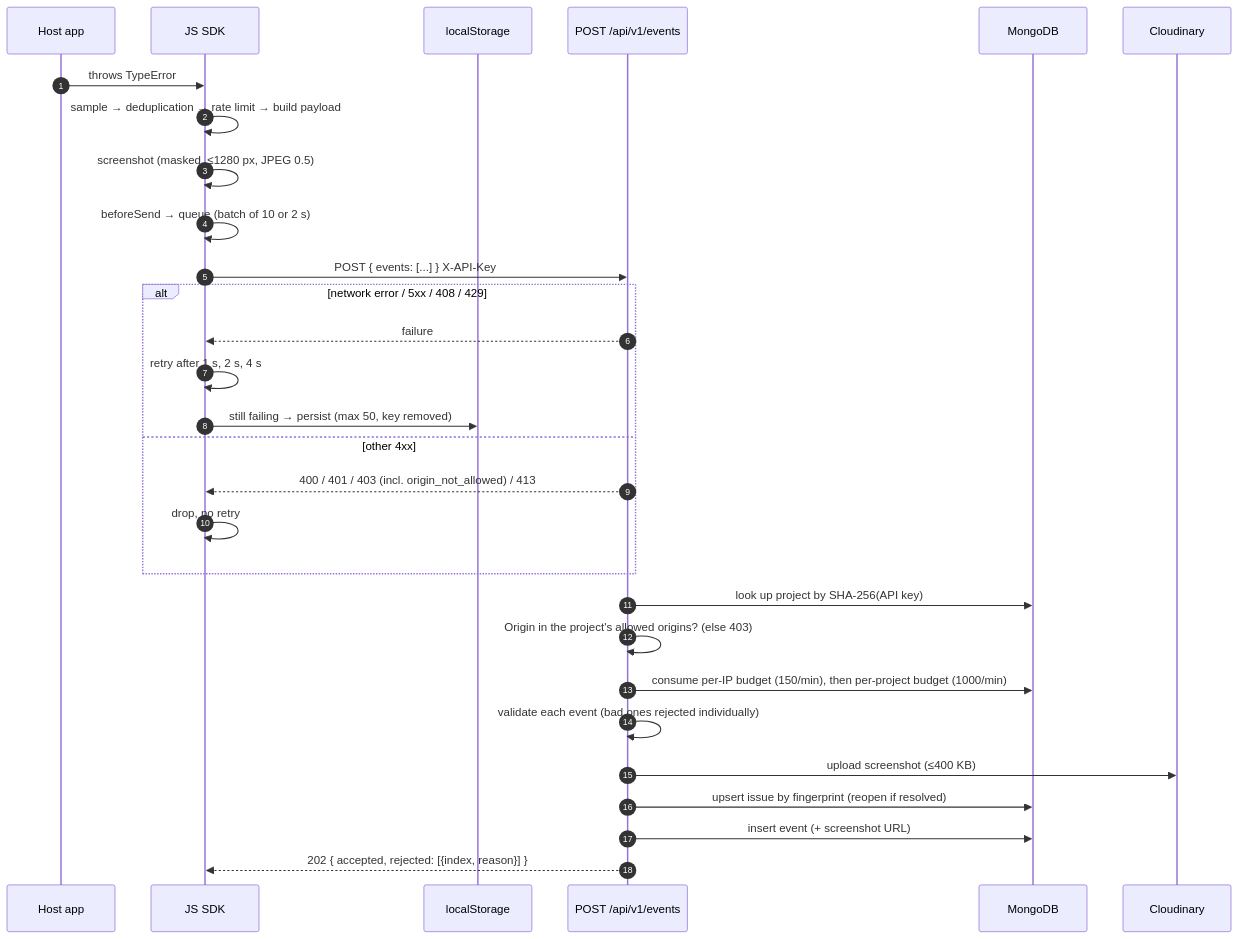
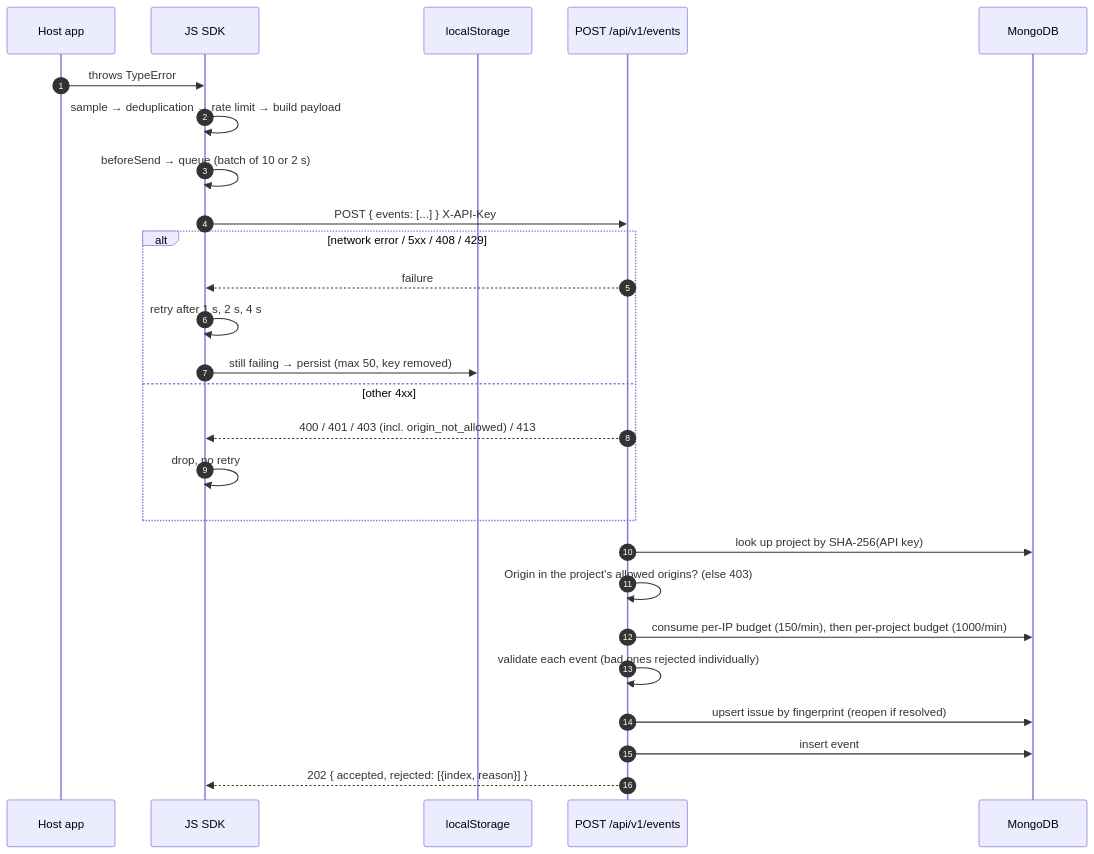
The third of 3 diagrams in docs/ARCHITECTURE.md (sou842/monitoring_system), drawn with Mermaid before and after one commit. The commit also changed other lines of this file and 41 other files, not shown here.

````diff
--- a/docs/ARCHITECTURE.md
+++ b/docs/ARCHITECTURE.md
@@ -112,32 +109,29 @@
 ```mermaid
 sequenceDiagram
     autonumber
     participant App as Host app
     participant SDK as JS SDK
     participant LS as localStorage
     participant API as POST /api/v1/events
     participant DB as MongoDB
-    participant CL as Cloudinary
 
     App->>SDK: throws TypeError
     SDK->>SDK: sample → deduplication → rate limit → build payload
-    SDK->>SDK: screenshot (masked, ≤1280 px, JPEG 0.5)
     SDK->>SDK: beforeSend → queue (batch of 10 or 2 s)
     SDK->>API: POST { events: [...] }  X-API-Key
     alt network error / 5xx / 408 / 429
         API-->>SDK: failure
         SDK->>SDK: retry after 1 s, 2 s, 4 s
         SDK->>LS: still failing → persist (max 50, key removed)
     else other 4xx
         API-->>SDK: 400 / 401 / 403 (incl. origin_not_allowed) / 413
         SDK->>SDK: drop, no retry
     end
     API->>DB: look up project by SHA-256(API key)
     API->>API: Origin in the project's allowed origins? (else 403)
     API->>DB: consume per-IP budget (150/min), then per-project budget (1000/min)
     API->>API: validate each event (bad ones rejected individually)
-    API->>CL: upload screenshot (≤400 KB)
     API->>DB: upsert issue by fingerprint (reopen if resolved)
-    API->>DB: insert event (+ screenshot URL)
+    API->>DB: insert event
     API-->>SDK: 202 { accepted, rejected: [{index, reason}] }
 ```
````
